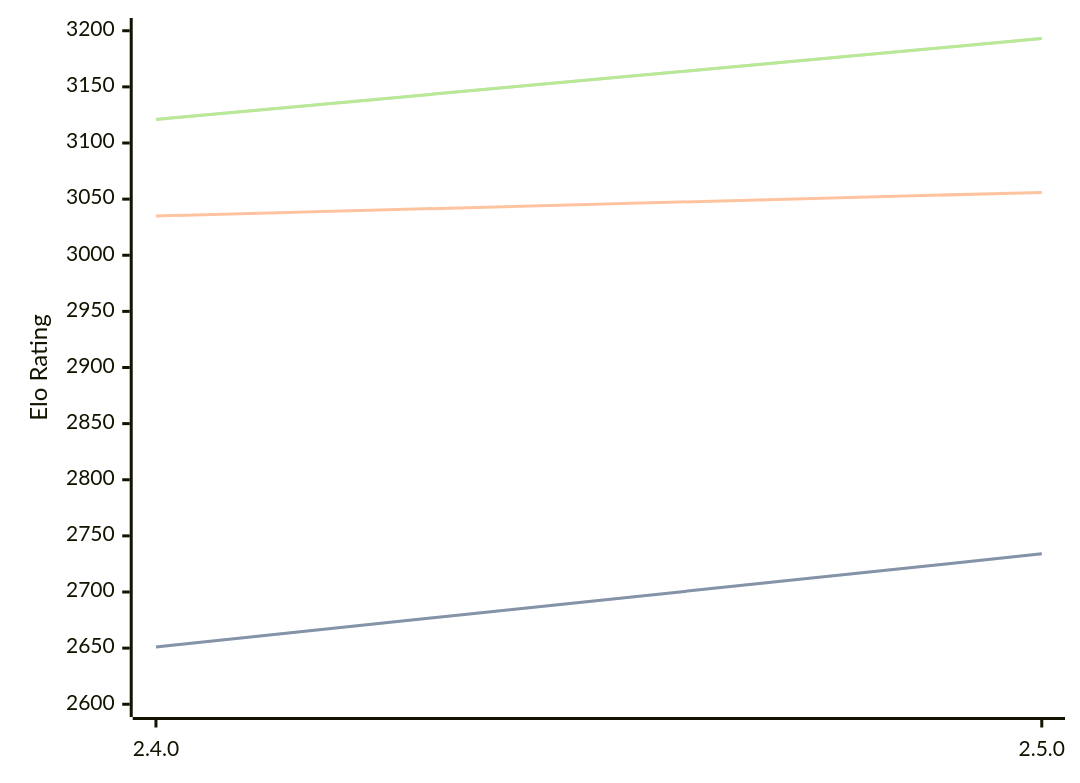
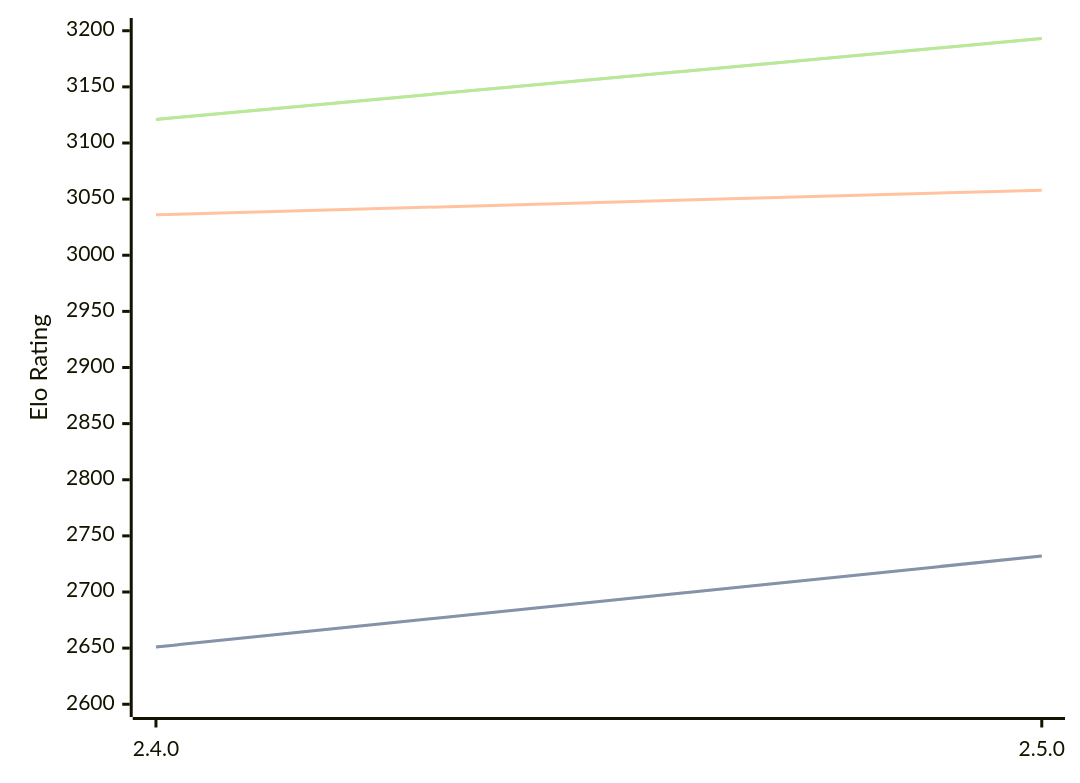
The diagram in engines/Sturddle2.md (computer-chess-index/cci), drawn with Mermaid before and after one commit. The commit also changed other lines of this file, not shown here.

Commit message:
Update CCI Ratings (ELO VLTC) - 2026-04-12

````diff
--- a/engines/Sturddle2.md
+++ b/engines/Sturddle2.md
@@ -37,11 +37,11 @@
 ```mermaid
 %%{init: {"theme":"base","themeVariables":{"seriesColors:['#a3a3a3','#222221','#faa371']}}}%%
 xychart-beta
   x-axis ["2.4.0", "2.5.0"]
   y-axis "Elo Rating" 2600 --> 3200
-  line "STC (8.0+0.08s)" [2651, 2734]
-  line "STC (8.0+0.08s)" [2651, 2734]
-  line "LTC (60.0+0.60s)" [3035, 3056]
+  line "STC (8.0+0.08s)" [2651, 2732]
+  line "STC (8.0+0.08s)" [2651, 2732]
+  line "LTC (60.0+0.60s)" [3036, 3058]
   line "VLTC (2m24s+1.12s)" [3121, 3193]
   line "VLTC (2m24s+1.12s)" [3121, 3193]
 ```
````
